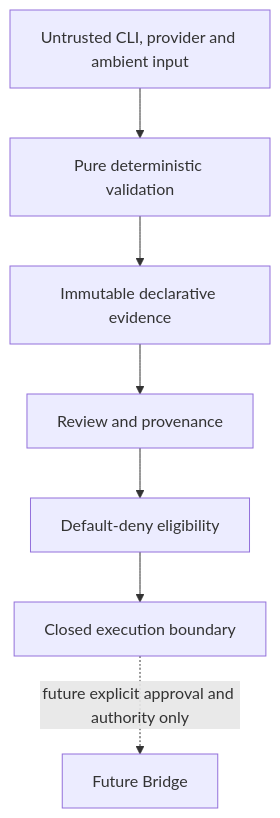
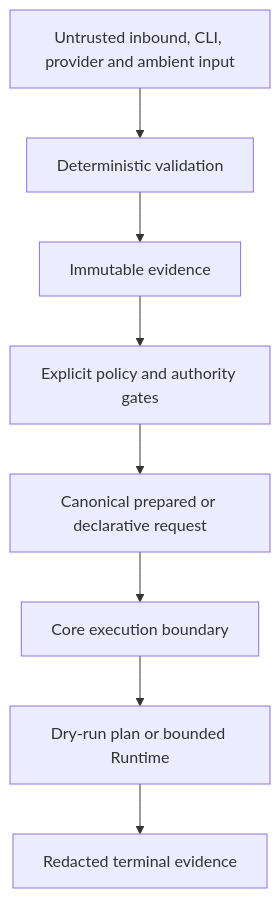
One commit to Deadpool042/loop-engine changed the sixth of 6 diagrams in docs/architecture/execution-architecture-rfc.md. Above: the diagram before and after it, drawn with Mermaid. The commit also changed other lines of this file, not shown here.

Commit message:
docs(architecture): align execution RFC with current implementation

````diff
--- a/docs/architecture/execution-architecture-rfc.md
+++ b/docs/architecture/execution-architecture-rfc.md
@@ -193,9 +250,10 @@
 ```mermaid
 flowchart TB
-  Untrusted["Untrusted CLI, provider and ambient input"] --> Validate["Pure deterministic validation"]
-  Validate --> Evidence["Immutable declarative evidence"]
-  Evidence --> Review["Review and provenance"]
-  Review --> Eligibility["Default-deny eligibility"]
-  Eligibility --> Boundary["Closed execution boundary"]
-  Boundary -. "future explicit approval and authority only" .-> Bridge["Future Bridge"]
+  Untrusted["Untrusted inbound, CLI, provider and ambient input"] --> Validate["Deterministic validation"]
+  Validate --> Evidence["Immutable evidence"]
+  Evidence --> Policy["Explicit policy and authority gates"]
+  Policy --> Prepare["Canonical prepared or declarative request"]
+  Prepare --> CoreBoundary["Core execution boundary"]
+  CoreBoundary --> PlanOrRun["Dry-run plan or bounded Runtime"]
+  PlanOrRun --> Redacted["Redacted terminal evidence"]
 ```
````
